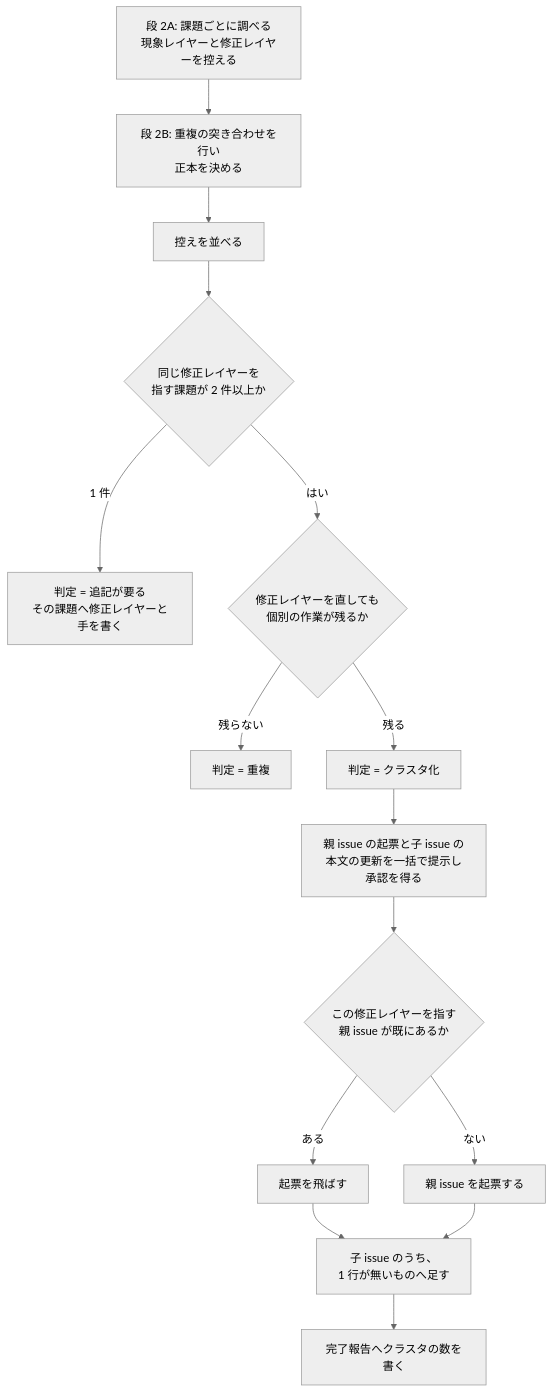
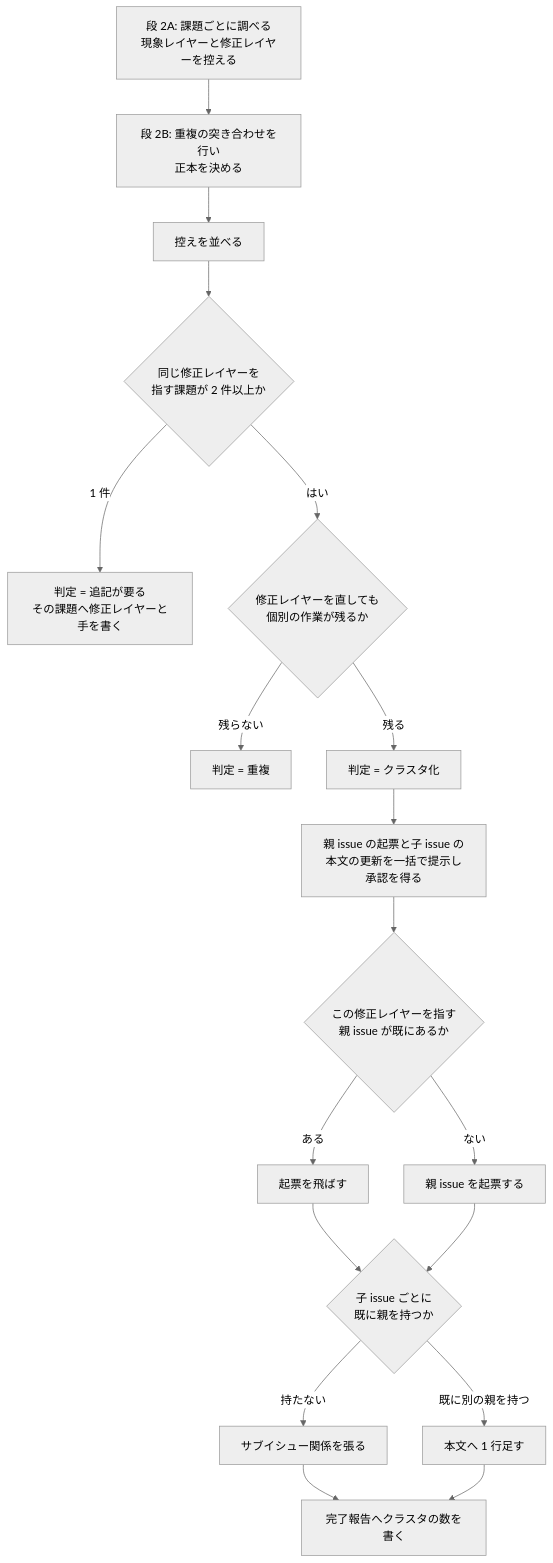
One commit to devbasex/ai-plugins changed the first of 3 diagrams in issues/issue-712-713-design.md. Above: the diagram before and after it, drawn with Mermaid (neutral theme). The commit also changed other lines of this file and 2 other files, not shown here.

````diff
--- a/issues/issue-712-713-design.md
+++ b/issues/issue-712-713-design.md
@@ -219,17 +236,20 @@
 ```mermaid
 flowchart TD
     A["段 2A: 課題ごとに調べる<br/>現象レイヤーと修正レイヤーを控える"] --> B0["段 2B: 重複の突き合わせを行い<br/>正本を決める"]
     B0 --> B["控えを並べる"]
     B --> C{"同じ修正レイヤーを<br/>指す課題が 2 件以上か"}
     C -->|1 件| D["判定 = 追記が要る<br/>その課題へ修正レイヤーと手を書く"]
     C -->|はい| E{"修正レイヤーを直しても<br/>個別の作業が残るか"}
     E -->|残らない| D2["判定 = 重複"]
     E -->|残る| H["判定 = クラスタ化"]
     H --> I["親 issue の起票と子 issue の<br/>本文の更新を一括で提示し承認を得る"]
     I --> J{"この修正レイヤーを指す<br/>親 issue が既にあるか"}
     J -->|ある| K["起票を飛ばす"]
     J -->|ない| L["親 issue を起票する"]
-    K --> M["子 issue のうち、<br/>1 行が無いものへ足す"]
+    K --> M{"子 issue ごとに<br/>既に親を持つか"}
     L --> M
-    M --> N["完了報告へクラスタの数を書く"]
+    M -->|持たない| M1["サブイシュー関係を張る"]
+    M -->|既に別の親を持つ| M2["本文へ 1 行足す"]
+    M1 --> N["完了報告へクラスタの数を書く"]
+    M2 --> N
 ```
````
